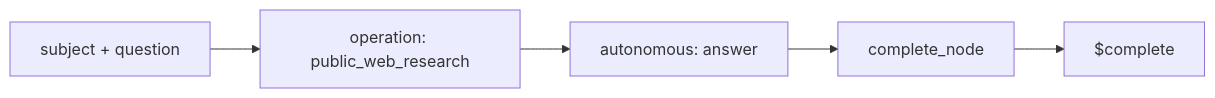
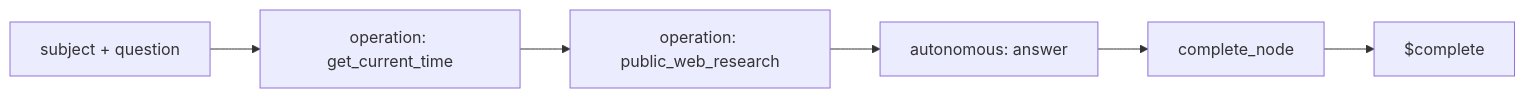
The second of 3 diagrams in docs/architecture/research-assistant.md (GaussRieman/modi-harness), drawn with Mermaid before and after one commit. The commit also changed other lines of this file and 25 other files, not shown here.

Commit message:
feat: harden research query and evidence flow

````diff
--- a/docs/architecture/research-assistant.md
+++ b/docs/architecture/research-assistant.md
@@ -139,7 +144,8 @@
 ```mermaid
 flowchart LR
-    I[subject + question] --> S[operation: public_web_research]
+    I[subject + question] --> T[operation: get_current_time]
+    T --> S[operation: public_web_research]
     S --> A[autonomous: answer]
     A --> C[complete_node]
     C --> E[$complete]
 ```
````
